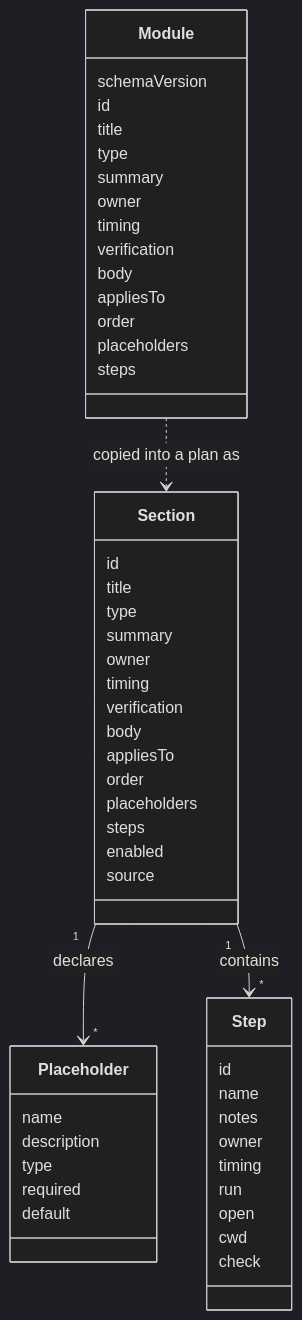
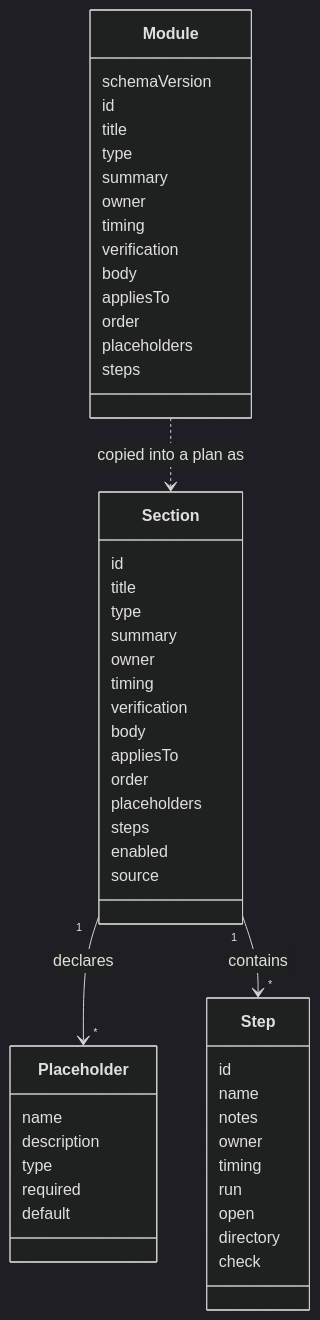
One commit to 8thlight-daveloper/onboard-kit changed the diagram in docs/architecture/05-module-schema.md. Above: the diagram before and after it, drawn with Mermaid (dark theme). The commit also changed other lines of this file and 2 other files, not shown here.

Commit message:
Rename the step field cwd to directory

````diff
--- a/docs/architecture/05-module-schema.md
+++ b/docs/architecture/05-module-schema.md
@@ -7,56 +7,56 @@
 ```mermaid
 classDiagram
     class Module {
         schemaVersion
         id
         title
         type
         summary
         owner
         timing
         verification
         body
         appliesTo
         order
         placeholders
         steps
     }
     class Section {
         id
         title
         type
         summary
         owner
         timing
         verification
         body
         appliesTo
         order
         placeholders
         steps
         enabled
         source
     }
     class Step {
         id
         name
         notes
         owner
         timing
         run
         open
-        cwd
+        directory
         check
     }
     class Placeholder {
         name
         description
         type
         required
         default
     }
 
     Module ..> Section : copied into a plan as
     Section "1" --> "*" Placeholder : declares
     Section "1" --> "*" Step : contains
 ```
````
